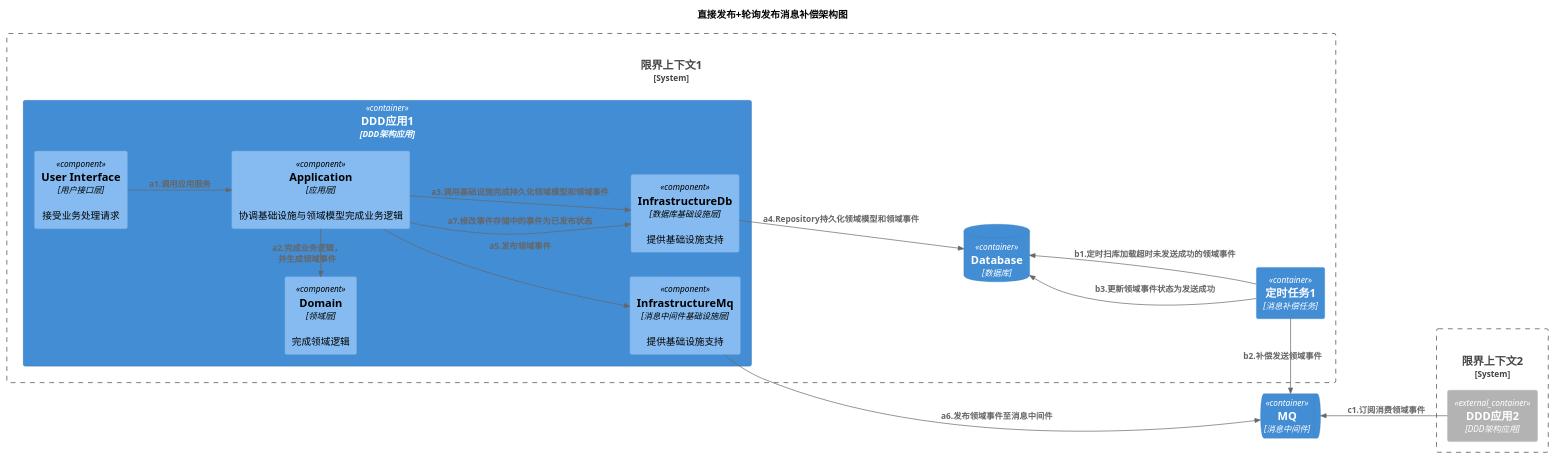
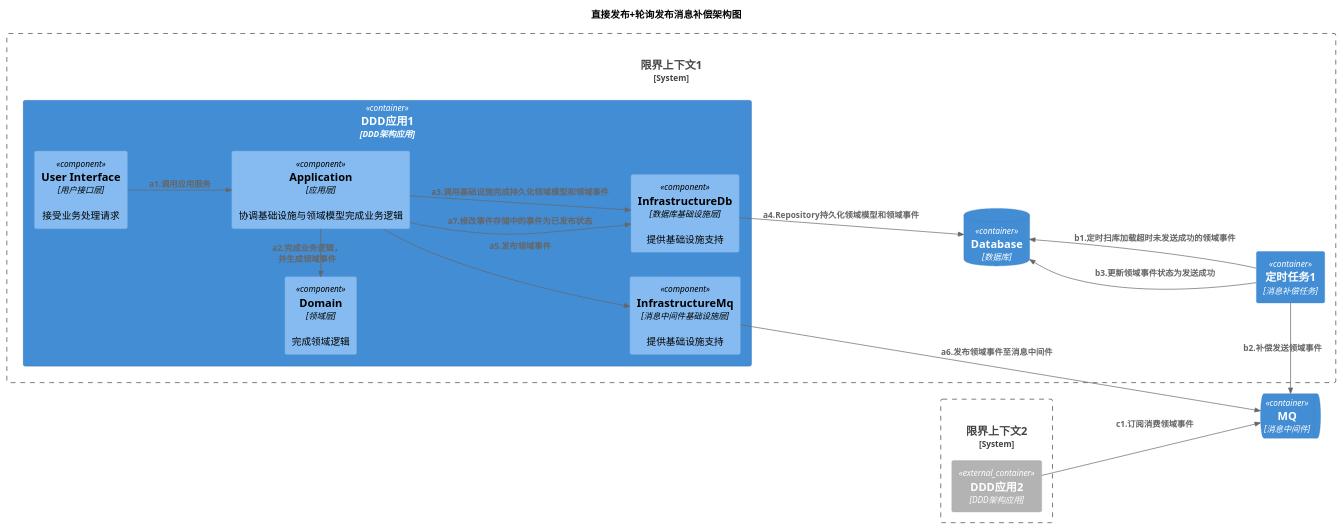
Before and after one commit to feiniaojin/Thinking-in-DDD: the diagram in plantuml/ct.007.puml, drawn with PlantUML. The commit also changed 1 other file, not shown here.

```diff
--- a/plantuml/ct.007.puml
+++ b/plantuml/ct.007.puml
@@ -1,46 +1,46 @@
 @startuml
 
 !include https://gitee.com/igingo/C4-PlantUML/raw/master/C4_Context.puml
 !include https://gitee.com/igingo/C4-PlantUML/raw/master/C4_Container.puml
 !include https://gitee.com/igingo/C4-PlantUML/raw/master/C4_Component.puml
 
 title "直接发布+轮询发布消息补偿架构图"
 
 LAYOUT_LEFT_RIGHT()
 
 System_Boundary(SB_SYS1, "限界上下文1"){
 
     Container(C_APP1, "DDD应用1","DDD架构应用"){
         Component(C_UI, "User Interface","用户接口层", "接受业务处理请求")
         Component(C_Application, "Application","应用层", "协调基础设施与领域模型完成业务逻辑")
         Component(C_Domain, "Domain","领域层", "完成领域逻辑")
         Component(C_InfrastructureDb, "InfrastructureDb","数据库基础设施层", "提供基础设施支持")
         Component(C_InfrastructureMq, "InfrastructureMq","消息中间件基础设施层", "提供基础设施支持")
     }
     ContainerDb(DB, "Database", "数据库")
 
     Container(C_Worker1, "定时任务1","消息补偿任务")
 }
 
 ContainerQueue(MQ, "MQ", "消息中间件")
 
 System_Boundary(SB_SYS2, "限界上下文2"){
     Container_Ext(C_APP2, "DDD应用2","DDD架构应用")
 }
 
 Rel(C_UI, C_Application, "a1.调用应用服务")
 Rel_L(C_Application, C_Domain, "a2.完成业务逻辑，并生成领域事件")
 Rel(C_Application, C_InfrastructureDb, "a3.调用基础设施完成持久化领域模型和领域事件")
 Rel(C_InfrastructureDb, DB, "a4.Repository持久化领域模型和领域事件")
 
 Rel(C_Application, C_InfrastructureMq, "a5.发布领域事件")
 Rel(C_InfrastructureMq, MQ, "a6.发布领域事件至消息中间件")
 Rel(C_Application, C_InfrastructureDb, "a7.修改事件存储中的事件为已发布状态")
 
 Rel(C_Worker1, DB, "b1.定时扫库加载超时未发送成功的领域事件")
 Rel_L(C_Worker1, MQ, "b2.补偿发送领域事件")
 Rel_L(C_Worker1, DB, "b3.更新领域事件状态为发送成功")
 
-Rel_U(C_APP2, MQ, "c1.订阅消费领域事件")
+Rel_D(C_APP2, MQ, "c1.订阅消费领域事件")
 
 @enduml
```
